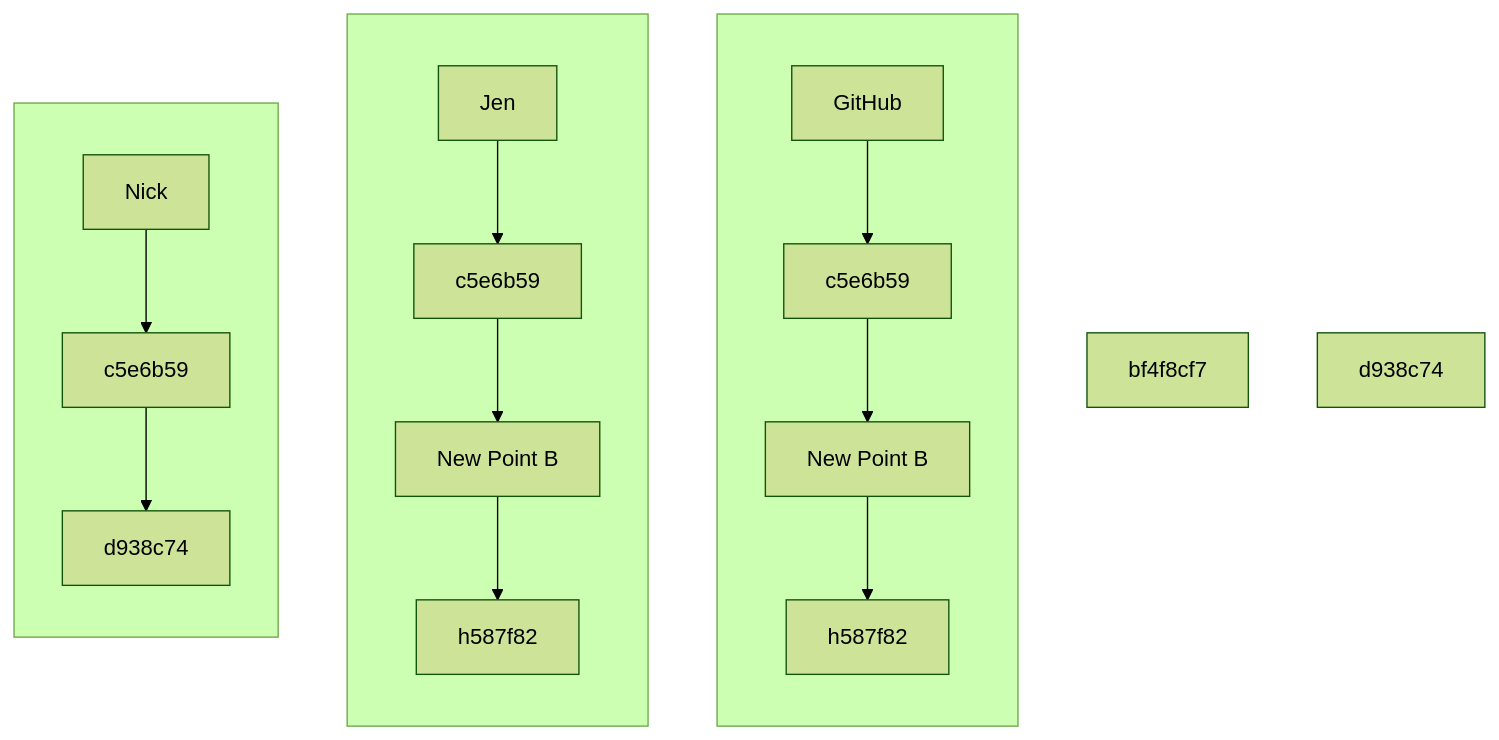
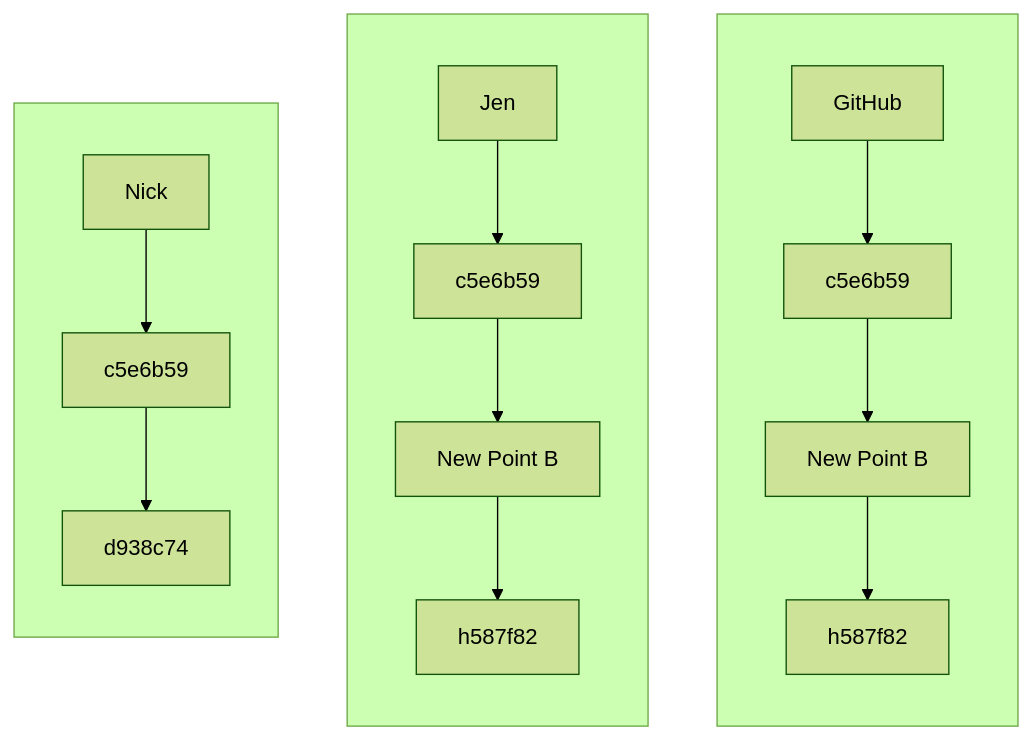
One commit to Alliance-RDM-GDR/rdm-jumpstart changed the third of 3 diagrams in _getting_started/06_Merge-Conflicts.md. Above: the diagram before and after it, drawn with Mermaid (forest theme). The commit also changed other lines of this file, not shown here.

Commit message:
testing mermaid

````diff
--- a/_getting_started/06_Merge-Conflicts.md
+++ b/_getting_started/06_Merge-Conflicts.md
@@ -78,31 +78,29 @@
 ```mermaid
 flowchart TD
    A[GitHub]
    B[Jen]
    C[Nick]
    D[c5e6b59]
    E[c5e6b59]
    F[c5e6b59]
-   G[bf4f8cf7]
    H[d938c74]
-   I[d938c74]
    J[New Point B]
    K[New Point B]
    L[h587f82]
    M[h587f82]
 
    subgraph X[" "]
    direction TD
       A --> D --> J --> L
    end
 
    subgraph Y[" "]
    direction TD
       B --> E --> K --> M
    end
 
    subgraph Z[" "]
    direction TD
       C --> F --> H 
    end
 ```
````
